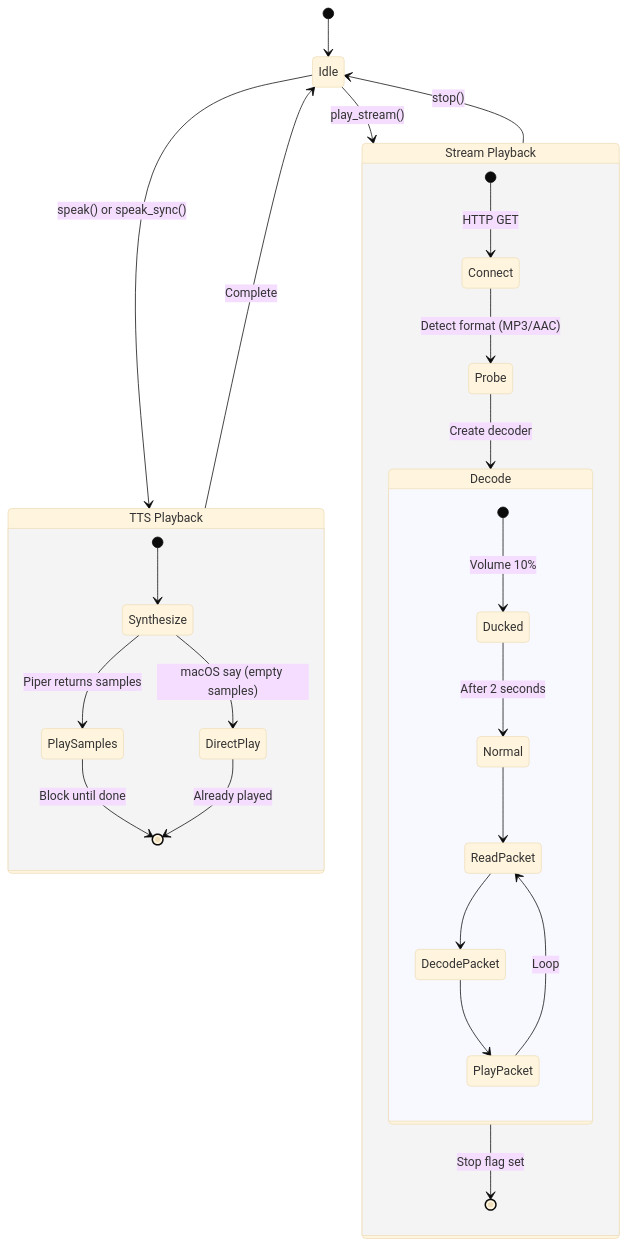
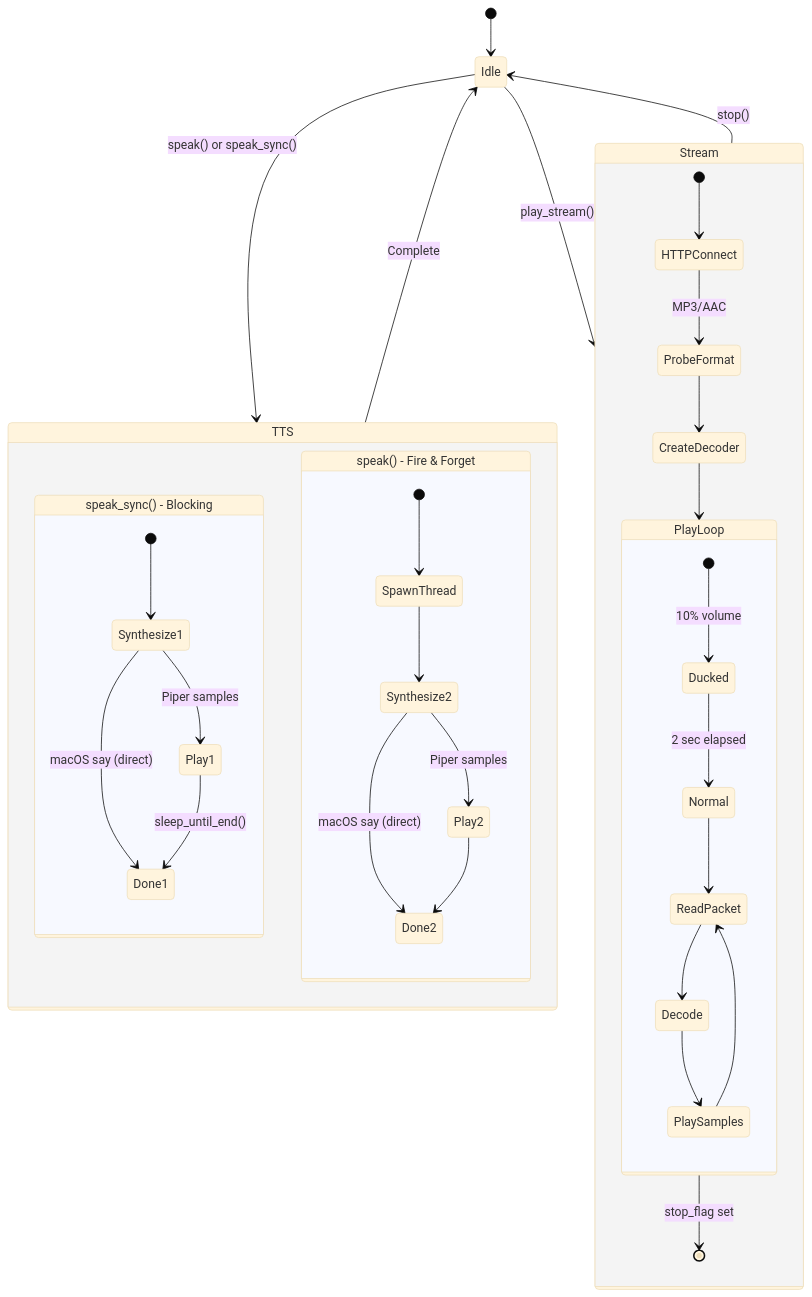
The third of 4 diagrams in docs/state-machine.md (eralpkaraduman/lego-radio), drawn with Mermaid (base theme) before and after one commit. The commit also changed other lines of this file and 2 other files, not shown here.

````diff
--- a/docs/state-machine.md
+++ b/docs/state-machine.md
@@ -127,34 +143,44 @@
 ```mermaid
 stateDiagram-v2
     [*] --> Idle
 
-    state "TTS Playback" as TTS {
-        [*] --> Synthesize
-        Synthesize --> PlaySamples: Piper returns samples
-        Synthesize --> DirectPlay: macOS say (empty samples)
-        PlaySamples --> [*]: Block until done
-        DirectPlay --> [*]: Already played
+    state "TTS" as TTS {
+        state "speak_sync() - Blocking" as Sync {
+            [*] --> Synthesize1
+            Synthesize1 --> Play1: Piper samples
+            Synthesize1 --> Done1: macOS say (direct)
+            Play1 --> Done1: sleep_until_end()
+        }
+
+        state "speak() - Fire & Forget" as Async {
+            [*] --> SpawnThread
+            SpawnThread --> Synthesize2
+            Synthesize2 --> Play2: Piper samples
+            Synthesize2 --> Done2: macOS say (direct)
+            Play2 --> Done2
+        }
     }
 
-    state "Stream Playback" as Stream {
-        [*] --> Connect: HTTP GET
-        Connect --> Probe: Detect format (MP3/AAC)
-        Probe --> Decode: Create decoder
+    state "Stream" as Stream {
+        [*] --> HTTPConnect
+        HTTPConnect --> ProbeFormat: MP3/AAC
+        ProbeFormat --> CreateDecoder
+        CreateDecoder --> PlayLoop
 
-        state Decode {
-            [*] --> Ducked: Volume 10%
-            Ducked --> Normal: After 2 seconds
+        state PlayLoop {
+            [*] --> Ducked: 10% volume
+            Ducked --> Normal: 2 sec elapsed
             Normal --> ReadPacket
-            ReadPacket --> DecodePacket
-            DecodePacket --> PlayPacket
-            PlayPacket --> ReadPacket: Loop
+            ReadPacket --> Decode
+            Decode --> PlaySamples
+            PlaySamples --> ReadPacket
         }
 
-        Decode --> [*]: Stop flag set
+        PlayLoop --> [*]: stop_flag set
     }
 
     Idle --> TTS: speak() or speak_sync()
     Idle --> Stream: play_stream()
     Stream --> Idle: stop()
     TTS --> Idle: Complete
 ```
````
